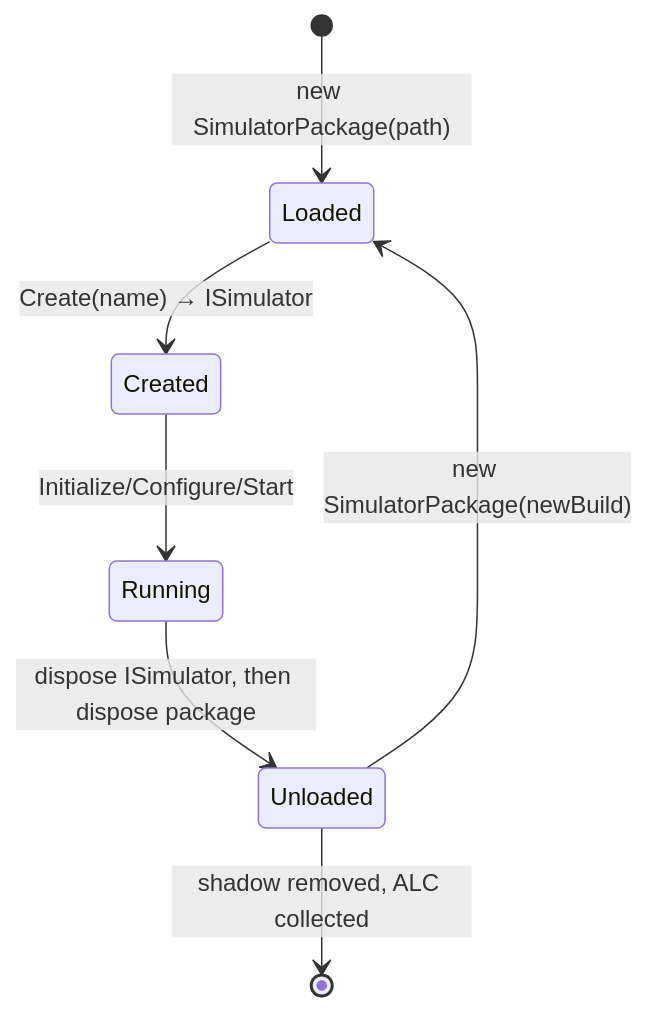
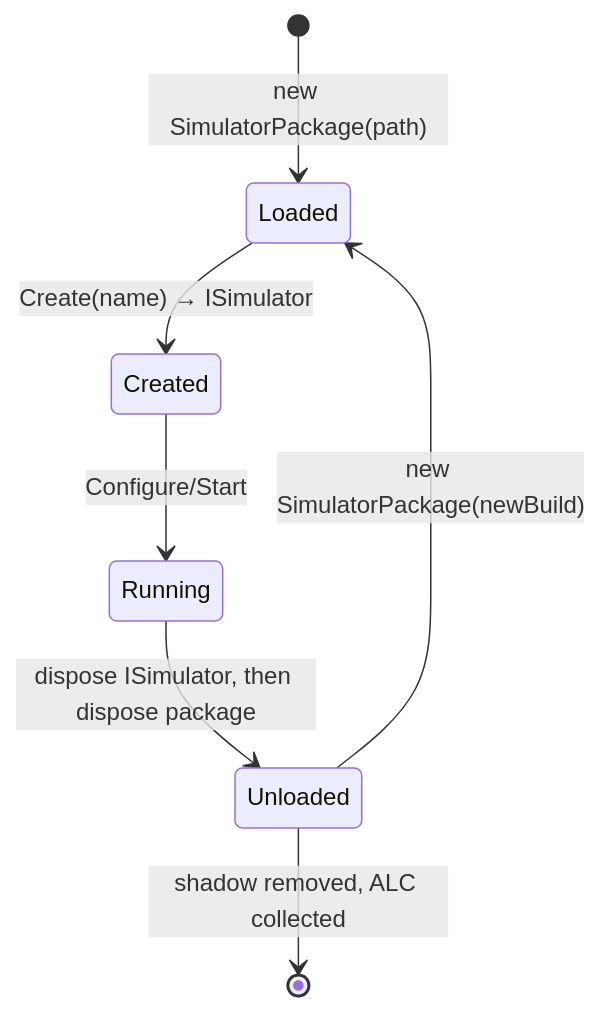
The fourth of 5 diagrams in public/content/packing-and-hosting.md (SimulaSharp-org/simulasharp-docs), drawn with Mermaid before and after one commit. The commit also changed other lines of this file and 28 other files, not shown here.

````diff
--- a/public/content/packing-and-hosting.md
+++ b/public/content/packing-and-hosting.md
@@ -108,9 +108,9 @@
 ```mermaid
 stateDiagram-v2
   [*] --> Loaded: new SimulatorPackage(path)
   Loaded --> Created: Create(name) → ISimulator
-  Created --> Running: Initialize/Configure/Start
+  Created --> Running: Configure/Start
   Running --> Unloaded: dispose ISimulator, then dispose package
   Unloaded --> [*]: shadow removed, ALC collected
   Unloaded --> Loaded: new SimulatorPackage(newBuild)
 ```
````
